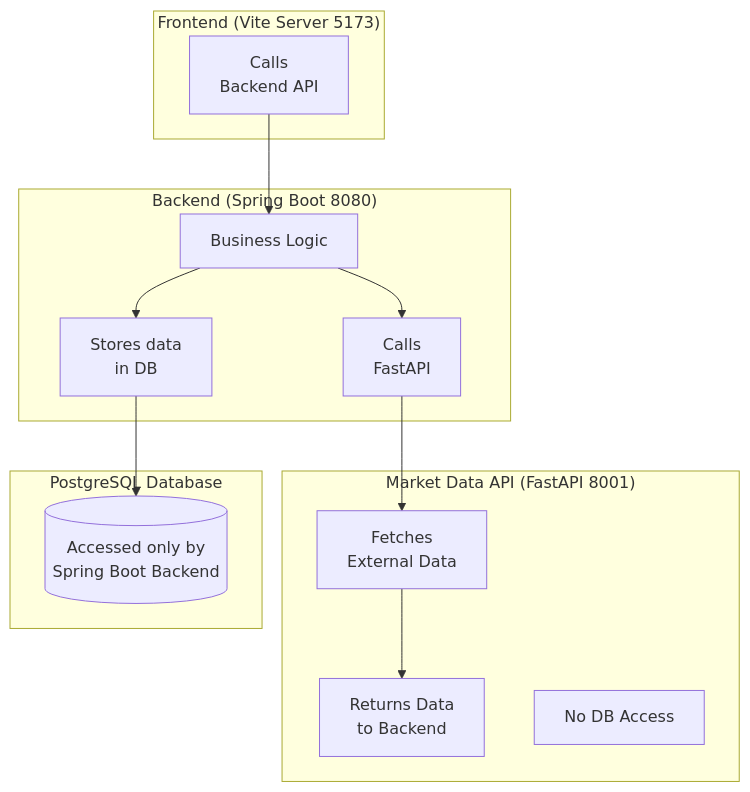
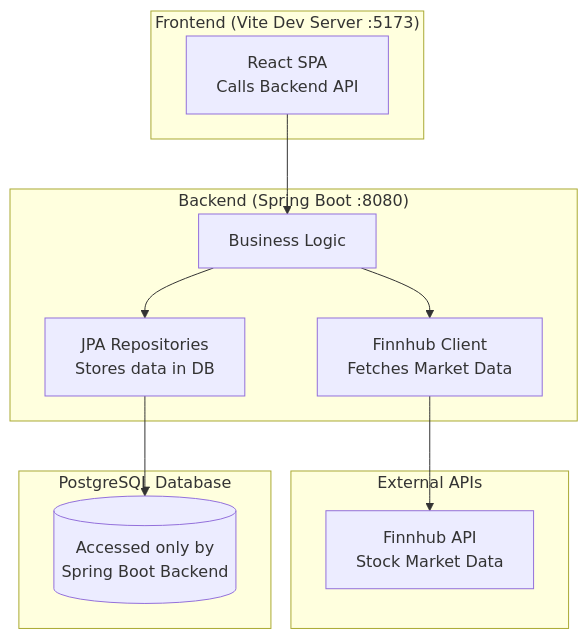
The second of 2 diagrams in README.md (nvmcer/stock-system), drawn with Mermaid before and after one commit. The commit also changed other lines of this file and 13 other files, not shown here.

````diff
--- a/README.md
+++ b/README.md
@@ -83,35 +69,28 @@
 ```mermaid
 flowchart TB
- subgraph FE["Frontend (Vite Server 5173)"]
-        FE1["Calls<br/>Backend API"]
+ subgraph FE["Frontend (Vite Dev Server :5173)"]
+        FE1["React SPA<br/>Calls Backend API"]
   end
- subgraph BE["Backend (Spring Boot 8080)"]
+ subgraph BE["Backend (Spring Boot :8080)"]
         BE1["Business Logic"]
-        BE2["Calls<br/>FastAPI"]
-        BE3["Stores data<br/>in DB"]
+        BE2["Finnhub Client<br/>Fetches Market Data"]
+        BE3["JPA Repositories<br/>Stores data in DB"]
   end
- subgraph FA["Market Data API (FastAPI 8001)"]
-        FA1["Fetches<br/>External Data"]
-        FA2["Returns Data<br/>to Backend"]
-        FA3["No DB Access"]
+ subgraph EXT["External APIs"]
+        EXT1["Finnhub API<br/>Stock Market Data"]
   end
  subgraph DB["PostgreSQL Database"]
         DB1["Accessed only by<br/>Spring Boot Backend"]
   end
-    FE1 L_FE1_BE1_0@--> BE1
+    FE1 --> BE1
     BE1 --> BE2 & BE3
-    BE2 --> FA1
-    FA1 --> FA2
+    BE2 --> EXT1
     BE3 --> DB1
 
     FE1@{ shape: rect}
     BE1@{ shape: rect}
     BE2@{ shape: rect}
     BE3@{ shape: rect}
-    FA1@{ shape: rect}
-    FA2@{ shape: rect}
-    FA3@{ shape: rect}
+    EXT1@{ shape: rect}
     DB1@{ shape: cyl}
-
-    L_FE1_BE1_0@{ curve: natural }
 ```
````
